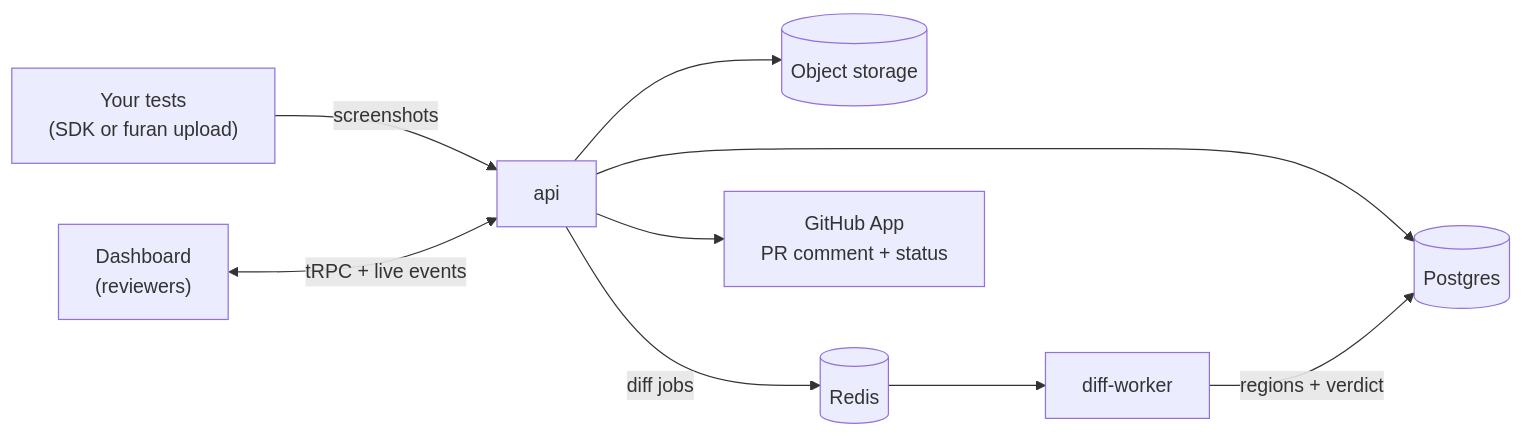
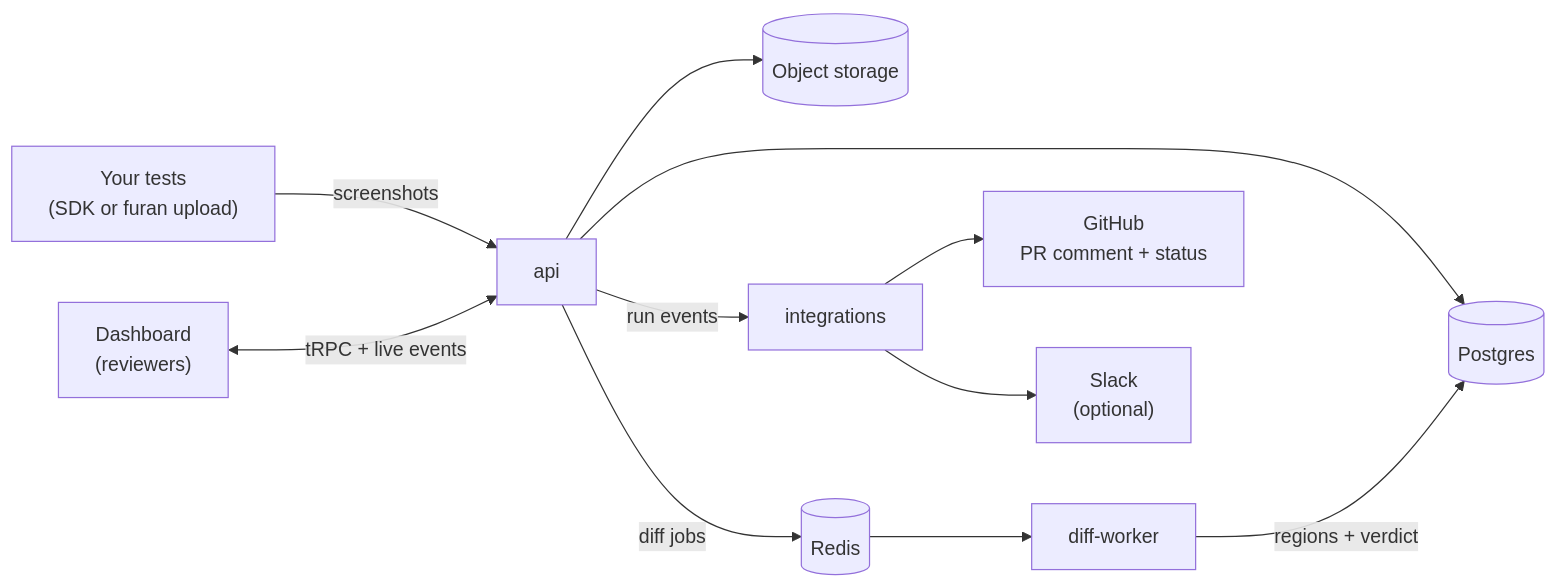
One commit to qasecret/furan-monorepo changed the diagram in README.md. Above: the diagram before and after it, drawn with Mermaid. The commit also changed other lines of this file, not shown here.

First line of the commit message:
docs(readme): fix the first-run SDK example and tighten the quick start (#539)

````diff
--- a/README.md
+++ b/README.md
@@ -168,11 +185,13 @@
 ```mermaid
 flowchart LR
     T["Your tests<br/>(SDK or furan upload)"] -->|screenshots| API[api]
     D["Dashboard<br/>(reviewers)"] <-->|tRPC + live events| API
     API --> PG[(Postgres)]
     API --> S3[(Object storage)]
     API -->|diff jobs| R[(Redis)]
     R --> W[diff-worker]
     W -->|regions + verdict| PG
-    API --> GH["GitHub App<br/>PR comment + status"]
+    API -->|run events| I[integrations]
+    I --> GH["GitHub<br/>PR comment + status"]
+    I --> SL["Slack<br/>(optional)"]
 ```
````
